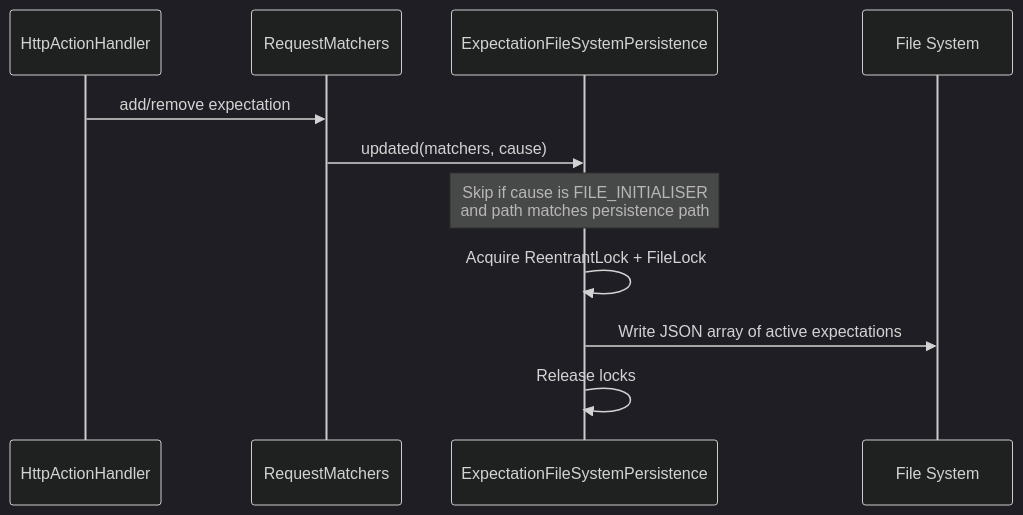
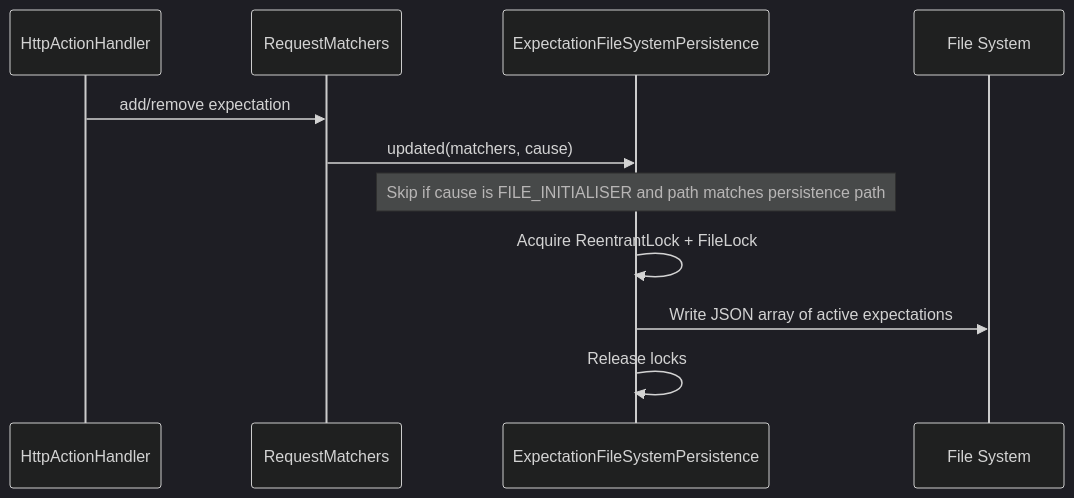
Before and after one commit to mock-server/mockserver: the fifth of 6 diagrams in docs/code/event-system.md, drawn with Mermaid (dark theme). The commit also changed other lines of this file and 21 other files, not shown here.

First line of the commit message:
fix(docs): remove HTML tags from Mermaid diagrams to fix GitHub rendering

````diff
--- a/docs/code/event-system.md
+++ b/docs/code/event-system.md
@@ -251,14 +261,14 @@
 ```mermaid
 sequenceDiagram
     participant AH as HttpActionHandler
     participant RM as RequestMatchers
     participant FP as ExpectationFileSystemPersistence
     participant FS as File System
 
     AH->>RM: add/remove expectation
     RM->>FP: updated(matchers, cause)
-    Note over FP: Skip if cause is FILE_INITIALISER<br/>and path matches persistence path
+    Note over FP: Skip if cause is FILE_INITIALISER and path matches persistence path
     FP->>FP: Acquire ReentrantLock + FileLock
     FP->>FS: Write JSON array of active expectations
     FP->>FP: Release locks
 ```
````
